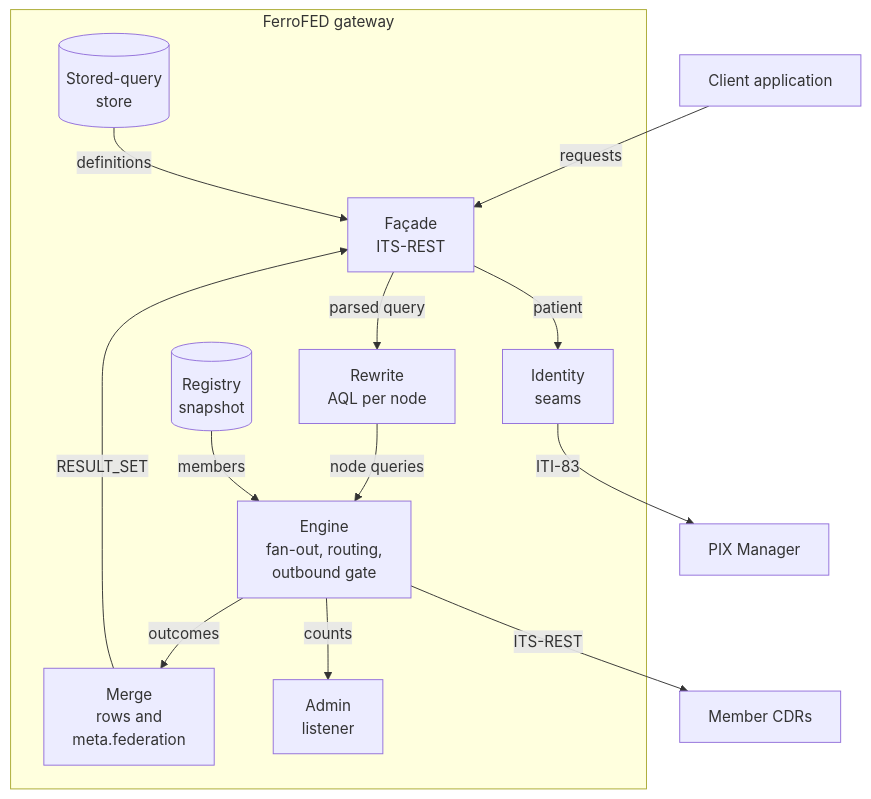
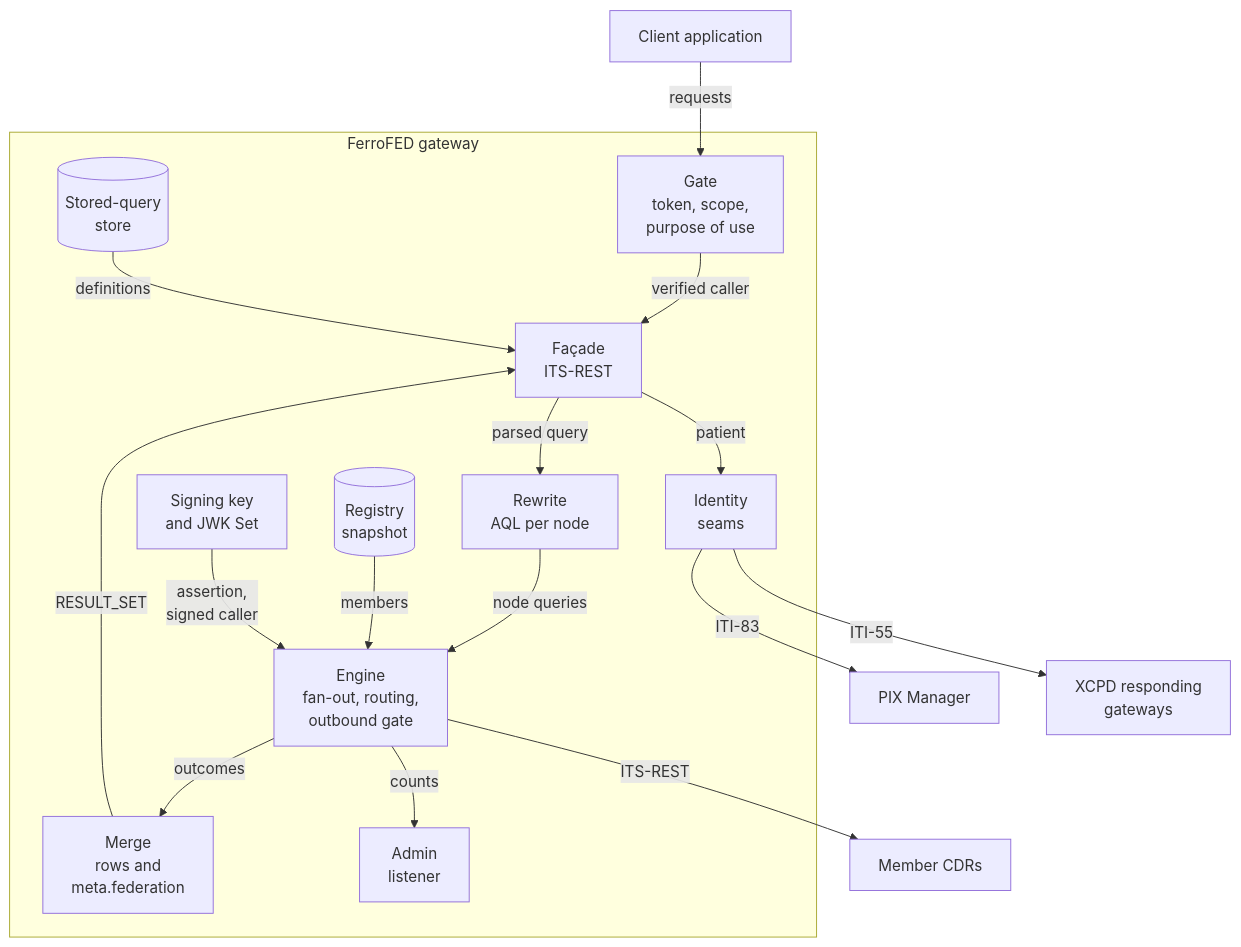
Before and after one commit to FerroHEALTH/FerroFED: the second of 2 diagrams in website/book/src/how-it-works/overview.md, drawn with Mermaid. The commit also changed other lines of this file and 11 other files, not shown here.

````diff
--- a/website/book/src/how-it-works/overview.md
+++ b/website/book/src/how-it-works/overview.md
@@ -67,27 +69,33 @@
 ```mermaid
 flowchart TB
     client["Client application"]
     subgraph gw["FerroFED gateway"]
+        gate["Gate<br/>token, scope,<br/>purpose of use"]
         facade["Façade<br/>ITS-REST"]
         store[("Stored-query<br/>store")]
         rewrite["Rewrite<br/>AQL per node"]
         seams["Identity<br/>seams"]
         registry[("Registry<br/>snapshot")]
         engine["Engine<br/>fan-out, routing,<br/>outbound gate"]
         merge["Merge<br/>rows and<br/>meta.federation"]
         admin["Admin<br/>listener"]
+        keys["Signing key<br/>and JWK Set"]
     end
     pix["PIX Manager"]
+    xcpd["XCPD responding<br/>gateways"]
     nodes["Member CDRs"]
-    client -->|"requests"| facade
+    client -->|"requests"| gate
+    gate -->|"verified caller"| facade
     store -->|"definitions"| facade
     facade -->|"parsed query"| rewrite
     facade -->|"patient"| seams
     seams -->|"ITI-83"| pix
+    seams -->|"ITI-55"| xcpd
     rewrite -->|"node queries"| engine
     registry -->|"members"| engine
+    keys -->|"assertion,<br/>signed caller"| engine
     engine -->|"ITS-REST"| nodes
     engine -->|"outcomes"| merge
     engine -->|"counts"| admin
     merge -->|"RESULT_SET"| facade
 ```
````
